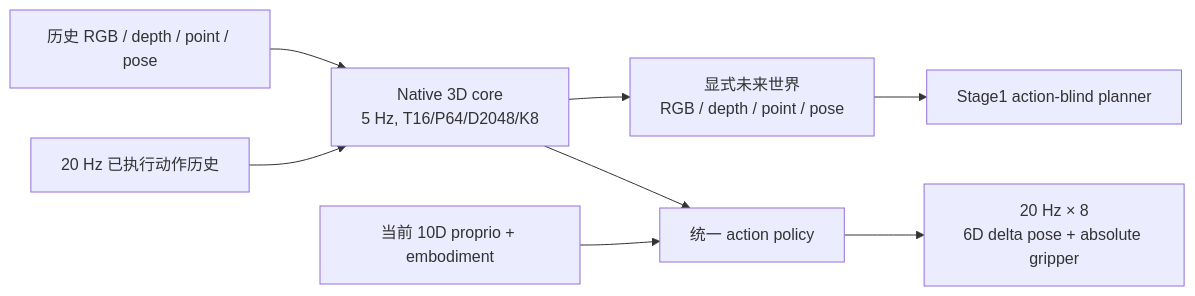
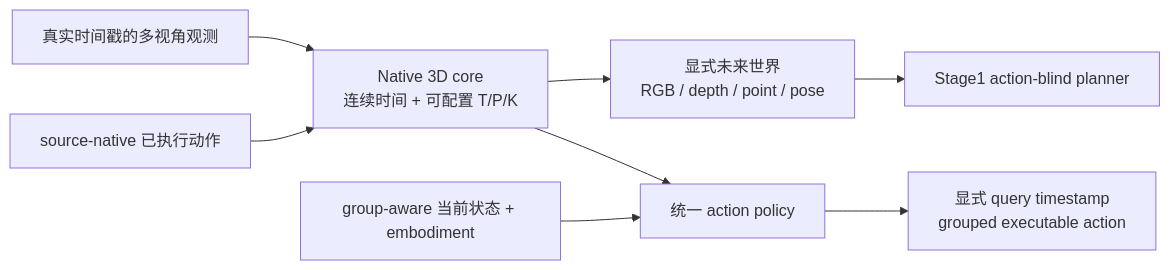
One commit to wxqnl/world_model changed the diagram in wm3d_v8/README.md. Above: the diagram before and after it, drawn with Mermaid. The commit also changed other lines of this file and 120 other files, not shown here.

````diff
--- a/wm3d_v8/README.md
+++ b/wm3d_v8/README.md
@@ -5,10 +5,10 @@
 ```mermaid
 flowchart LR
-  O["历史 RGB / depth / point / pose"] --> C["Native 3D core<br/>5 Hz, T16/P64/D2048/K8"]
-  A["20 Hz 已执行动作历史"] --> C
-  S["当前 10D proprio + embodiment"] --> H
+  O["真实时间戳的多视角观测"] --> C["Native 3D core<br/>连续时间 + 可配置 T/P/K"]
+  A["source-native 已执行动作"] --> C
+  S["group-aware 当前状态 + embodiment"] --> H
   C --> W["显式未来世界<br/>RGB / depth / point / pose"]
   C --> H["统一 action policy"]
-  H --> P["20 Hz × 8<br/>6D delta pose + absolute gripper"]
+  H --> P["显式 query timestamp<br/>grouped executable action"]
   W --> G["Stage1 action-blind planner"]
 ```
````
